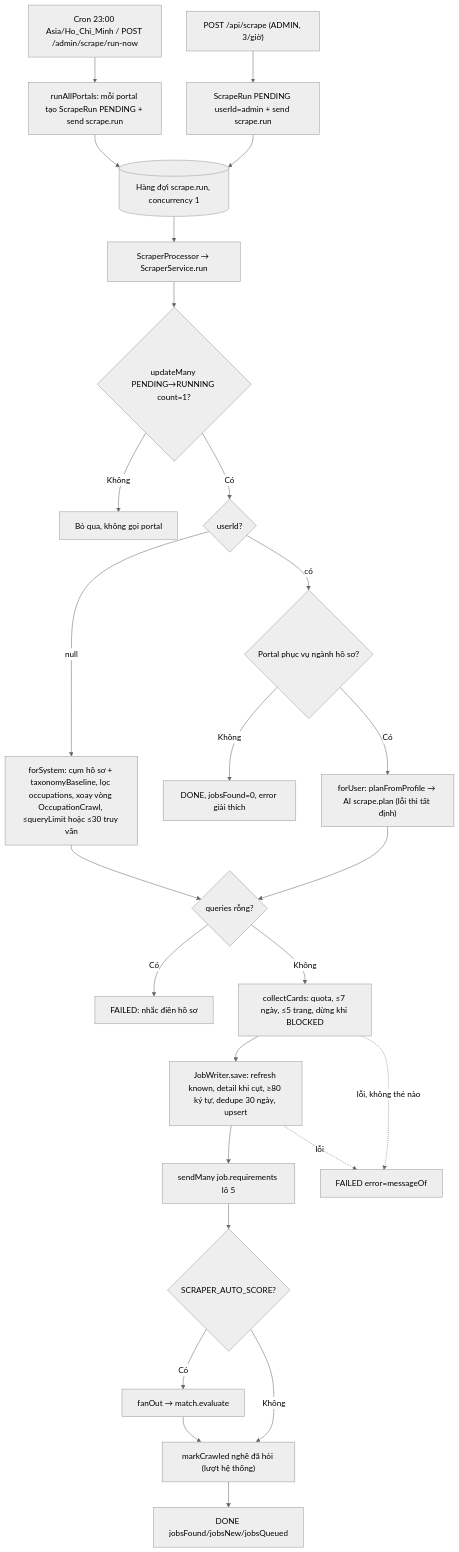
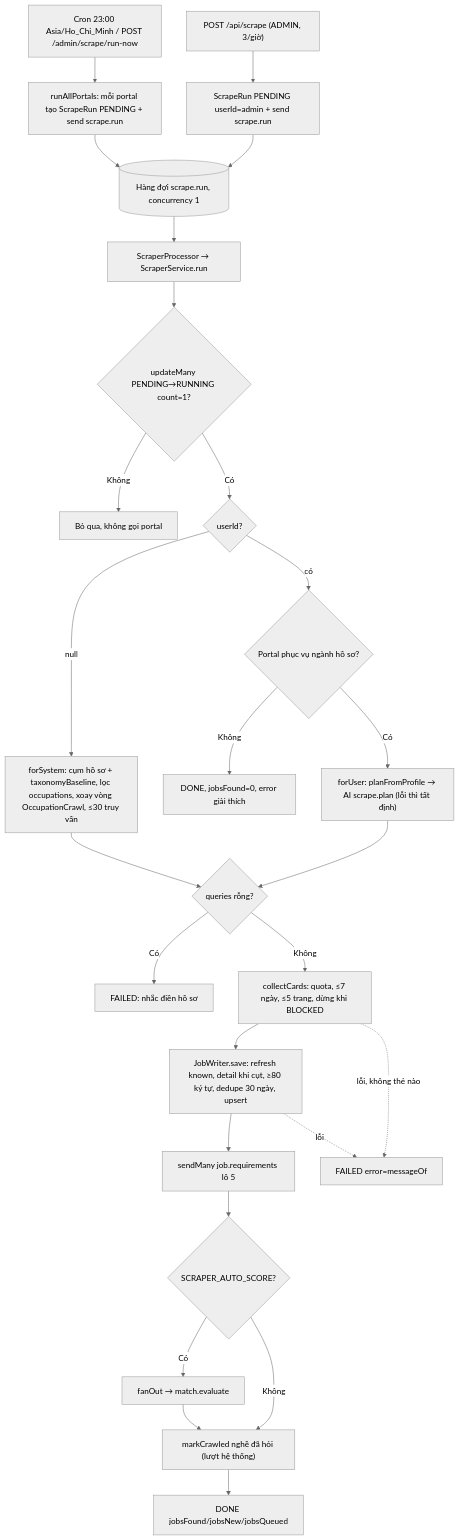
The first of 4 diagrams in docs/business-flows/modules/job-scraping.md (BuiThienHoang221204/ai-job-search), drawn with Mermaid (neutral theme) before and after one commit. The commit also changed other lines of this file and 16 other files, not shown here.

````diff
--- a/docs/business-flows/modules/job-scraping.md
+++ b/docs/business-flows/modules/job-scraping.md
@@ -209,28 +209,28 @@
 ```mermaid
 flowchart TD
     C["Cron 23:00 Asia/Ho_Chi_Minh / POST /admin/scrape/run-now"] --> RA["runAllPortals: mỗi portal tạo ScrapeRun PENDING + send scrape.run"]
     M["POST /api/scrape (ADMIN, 3/giờ)"] --> RU["ScrapeRun PENDING userId=admin + send scrape.run"]
     RA --> Q[("Hàng đợi scrape.run, concurrency 1")]
     RU --> Q
     Q --> W["ScraperProcessor → ScraperService.run"]
     W --> CL{"updateMany PENDING→RUNNING count=1?"}
     CL -- Không --> SK["Bỏ qua, không gọi portal"]
     CL -- Có --> PL{"userId?"}
-    PL -- "null" --> SYS["forSystem: cụm hồ sơ + taxonomyBaseline, lọc occupations, xoay vòng OccupationCrawl, ≤queryLimit hoặc ≤30 truy vấn"]
+    PL -- "null" --> SYS["forSystem: cụm hồ sơ + taxonomyBaseline, lọc occupations, xoay vòng OccupationCrawl, ≤30 truy vấn"]
     PL -- "có" --> GATE{"Portal phục vụ ngành hồ sơ?"}
     GATE -- Không --> DSK["DONE, jobsFound=0, error giải thích"]
     GATE -- Có --> USR["forUser: planFromProfile → AI scrape.plan (lỗi thì tất định)"]
     SYS --> EQ{"queries rỗng?"}
     USR --> EQ
     EQ -- Có --> FL["FAILED: nhắc điền hồ sơ"]
     EQ -- Không --> CC["collectCards: quota, ≤7 ngày, ≤5 trang, dừng khi BLOCKED"]
     CC --> JW["JobWriter.save: refresh known, detail khi cụt, ≥80 ký tự, dedupe 30 ngày, upsert"]
     JW --> RQ["sendMany job.requirements lô 5"]
     RQ --> AS{"SCRAPER_AUTO_SCORE?"}
     AS -- Có --> FO["fanOut → match.evaluate"]
     AS -- Không --> MK
     FO --> MK["markCrawled nghề đã hỏi (lượt hệ thống)"]
     MK --> DN["DONE jobsFound/jobsNew/jobsQueued"]
     CC -. "lỗi, không thẻ nào" .-> FX["FAILED error=messageOf"]
     JW -. "lỗi" .-> FX
 ```
````
